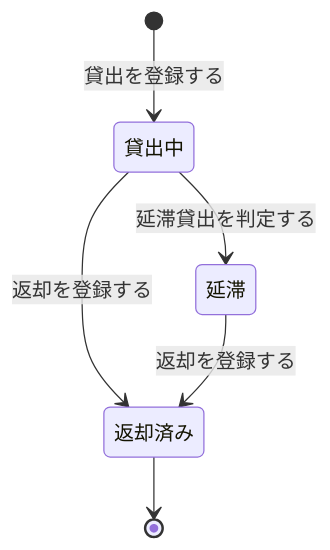
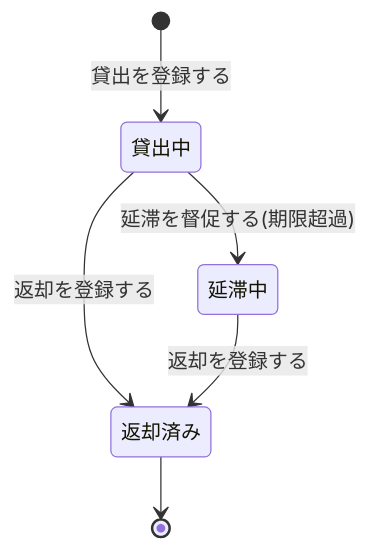
Before and after one commit to suwa-sh/suwa-sh-claude-plugins: the third of 4 diagrams in samples/distillery2/library-loan/docs/requirements/_review-summary.md, drawn with Mermaid. The commit also changed other lines of this file and 249 other files, not shown here.

````diff
--- a/samples/distillery2/library-loan/docs/requirements/_review-summary.md
+++ b/samples/distillery2/library-loan/docs/requirements/_review-summary.md
@@ -115,8 +97,8 @@
 ```mermaid
 stateDiagram-v2
   [*] --> 貸出中: 貸出を登録する
-  貸出中 --> 延滞: 延滞貸出を判定する
   貸出中 --> 返却済み: 返却を登録する
-  延滞 --> 返却済み: 返却を登録する
+  貸出中 --> 延滞中: 延滞を督促する(期限超過)
+  延滞中 --> 返却済み: 返却を登録する
   返却済み --> [*]
 ```
````
